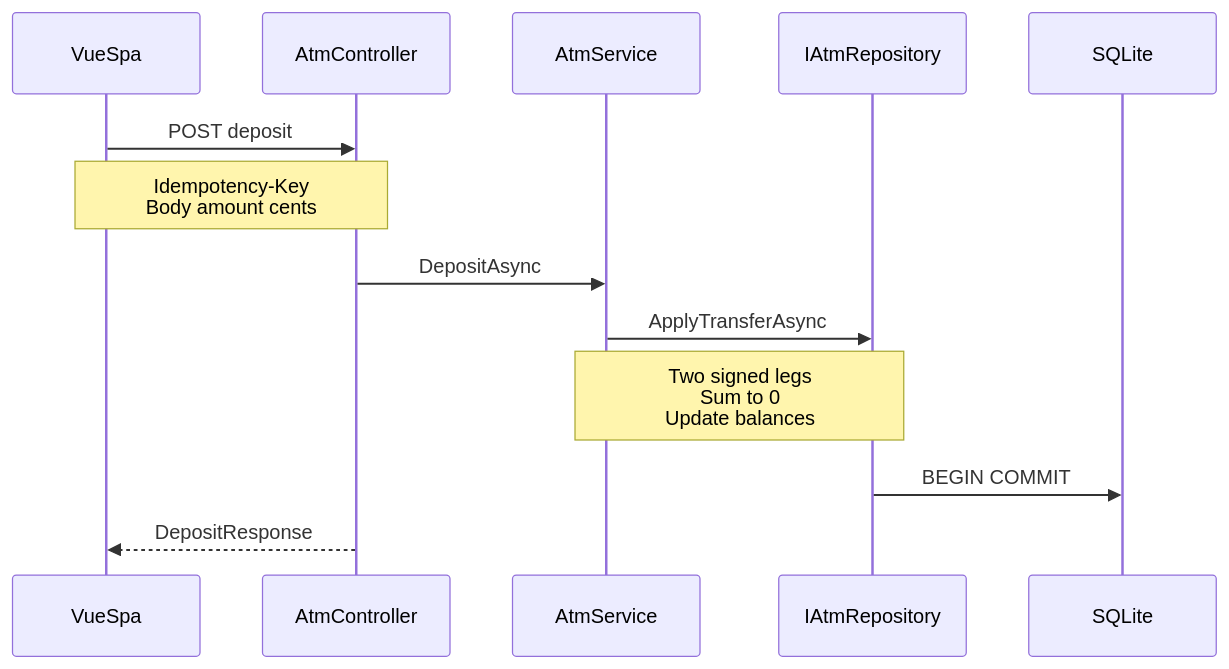
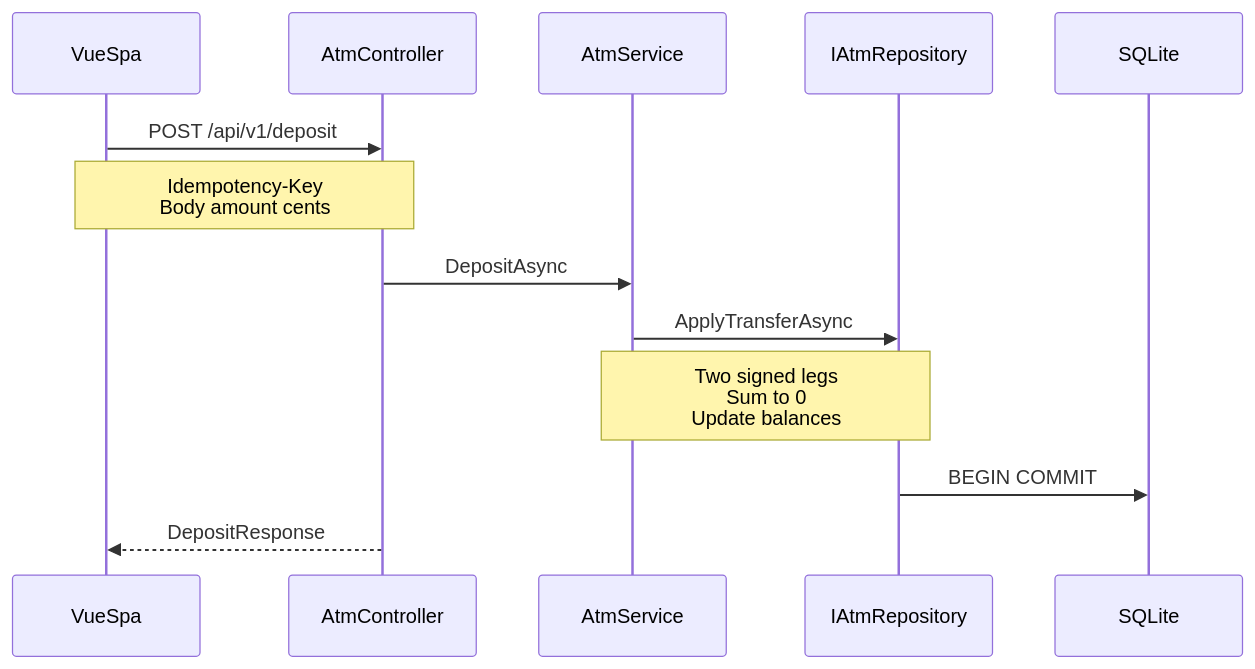
Before and after one commit to ostraat/atm: the third of 3 diagrams in docs/architecture.md, drawn with Mermaid. The commit also changed other lines of this file and 5 other files, not shown here.

````diff
--- a/docs/architecture.md
+++ b/docs/architecture.md
@@ -88,16 +94,16 @@
 ```mermaid
 sequenceDiagram
   participant UI as VueSpa
   participant API as AtmController
   participant Svc as AtmService
   participant Repo as IAtmRepository
   participant DB as SQLite
 
-  UI->>API: POST deposit
+  UI->>API: POST /api/v1/deposit
   Note over UI,API: Idempotency-Key<br/>Body amount cents
   API->>Svc: DepositAsync
   Svc->>Repo: ApplyTransferAsync
   Note over Svc,Repo: Two signed legs<br/>Sum to 0<br/>Update balances
   Repo->>DB: BEGIN COMMIT
   API-->>UI: DepositResponse
 ```
````
